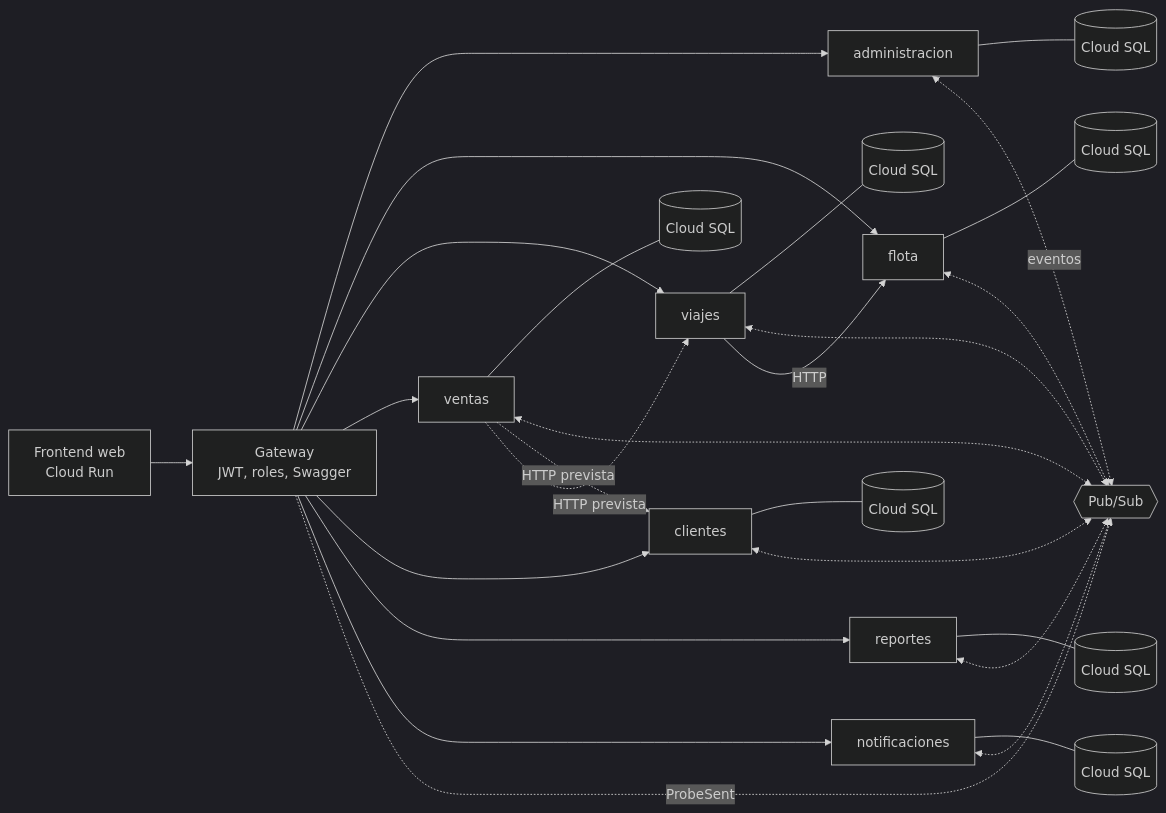
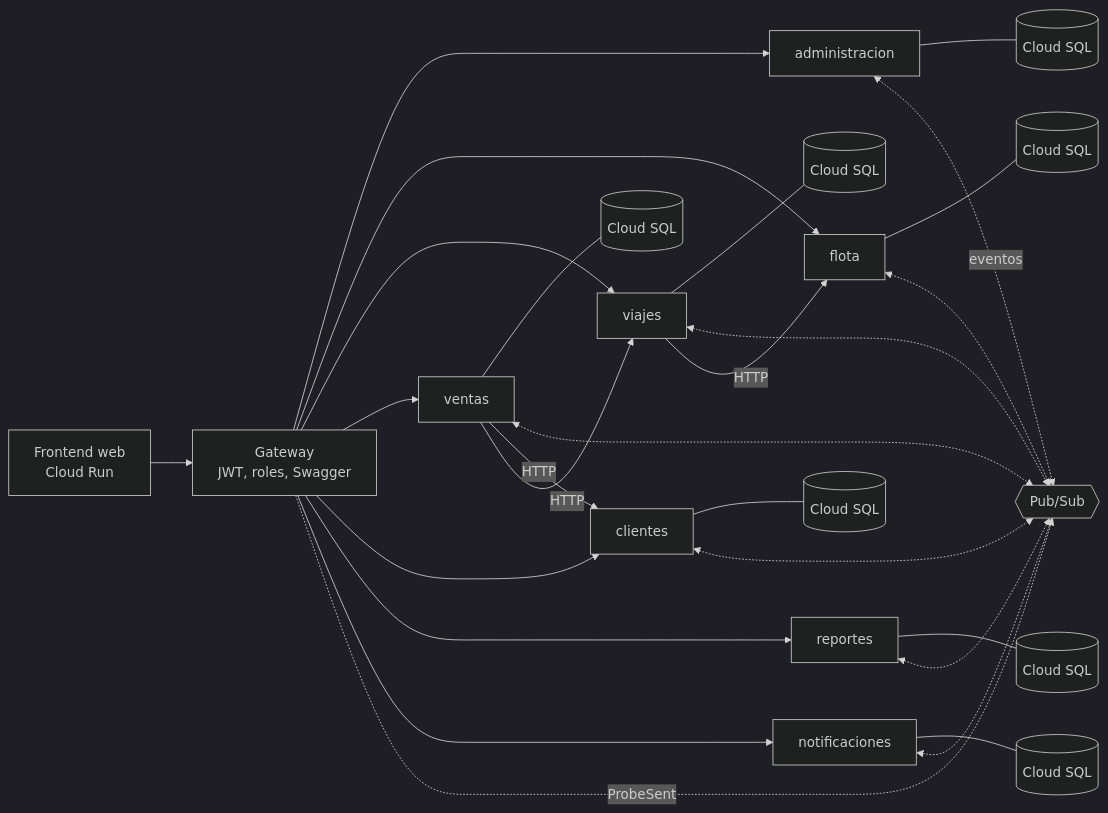
Before and after one commit to JeffMenca/debus: the diagram in docs/README.md, drawn with Mermaid (dark theme). The commit also changed other lines of this file and 7 other files, not shown here.

````diff
--- a/docs/README.md
+++ b/docs/README.md
@@ -5,29 +5,29 @@
 ```mermaid
 flowchart LR
   web[Frontend web<br/>Cloud Run] --> gateway[Gateway<br/>JWT, roles, Swagger]
   gateway --> administracion[administracion]
   gateway --> flota[flota]
   gateway --> viajes[viajes]
   gateway --> ventas[ventas]
   gateway --> clientes[clientes]
   gateway --> reportes[reportes]
   gateway --> notificaciones[notificaciones]
   administracion --- sql1[(Cloud SQL)]
   flota --- sql2[(Cloud SQL)]
   viajes --- sql3[(Cloud SQL)]
   ventas --- sql4[(Cloud SQL)]
   clientes --- sql5[(Cloud SQL)]
   reportes --- sql6[(Cloud SQL)]
   notificaciones --- sql7[(Cloud SQL)]
   administracion <-.->|eventos| pubsub{{Pub/Sub}}
   flota <-.-> pubsub
   viajes <-.-> pubsub
   ventas <-.-> pubsub
   clientes <-.-> pubsub
   reportes <-.-> pubsub
   notificaciones <-.-> pubsub
   gateway -.->|ProbeSent| pubsub
-  ventas -.->|HTTP prevista| clientes
-  ventas -.->|HTTP prevista| viajes
+  ventas -->|HTTP| clientes
+  ventas -->|HTTP| viajes
   viajes -->|HTTP| flota
 ```
````
